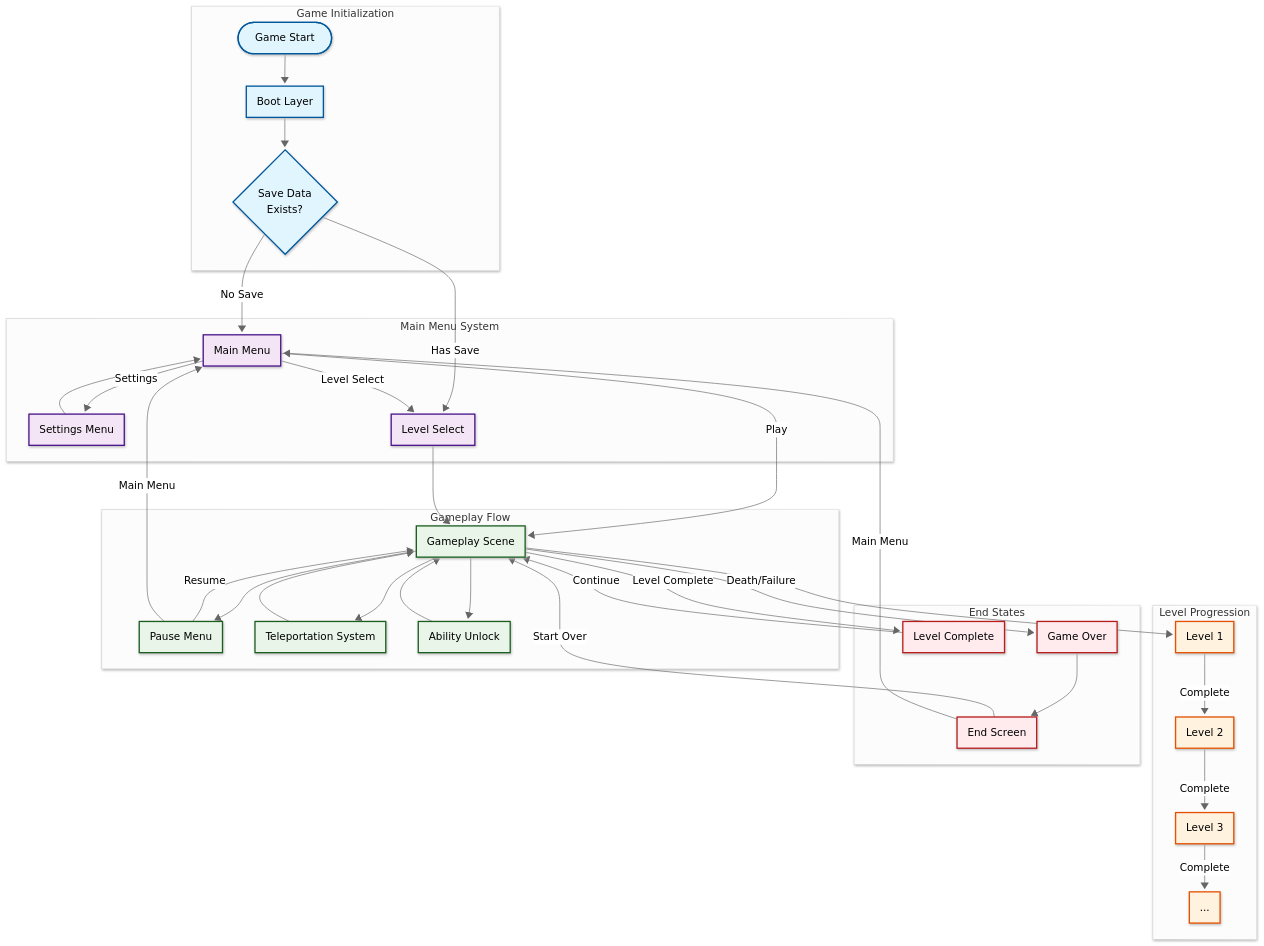
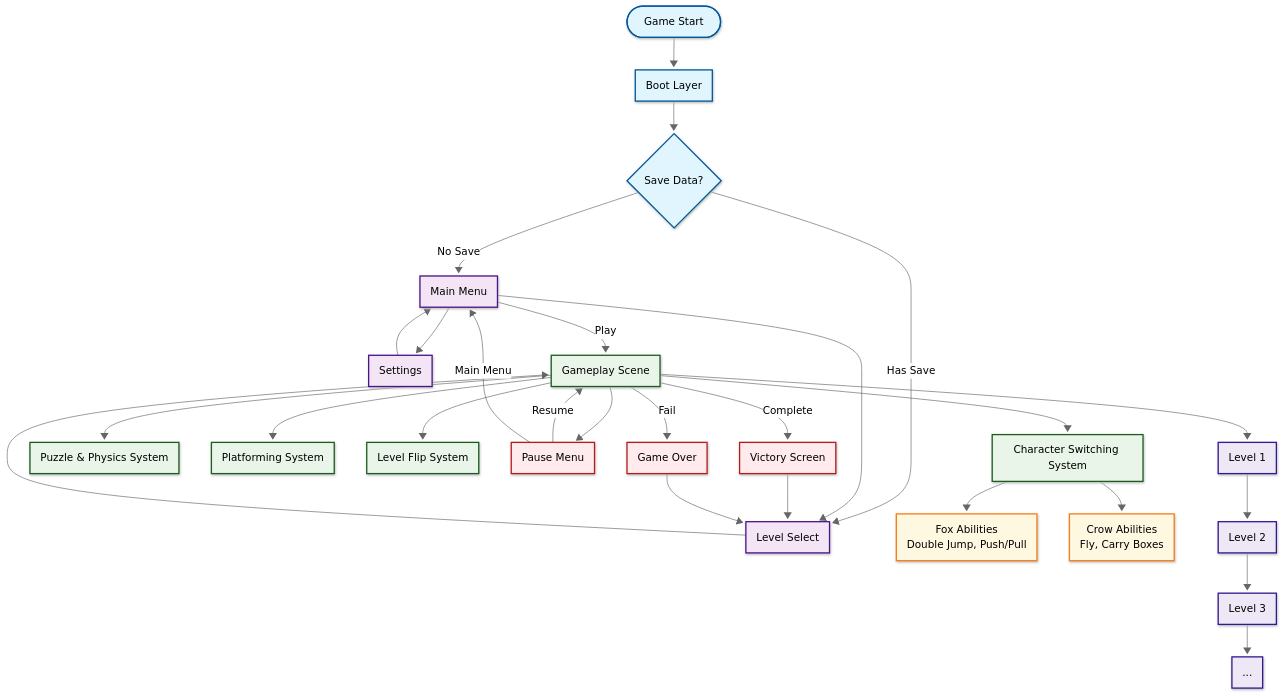
Before and after one commit to Justsomeguy241/Out-of-the-box: the second of 4 diagrams in README.md, drawn with Mermaid.

````diff
--- a/README.md
+++ b/README.md
@@ -48,72 +48,82 @@
 ```mermaid
 ---
 config:
   theme: neutral
   look: neo
 ---
 graph TD
-    subgraph "Game Initialization"
-        Start([Game Start])
-        Boot[Boot Layer]
-        SaveCheck{Save Data<br/>Exists?}
-    end
-    subgraph "Main Menu System"
-        MM[Main Menu]
-        Settings[Settings Menu]
-        LevelSelect[Level Select]
-    end
-    subgraph "Gameplay Flow"
-        GP[Gameplay Scene]
-        Pause[Pause Menu]
-        Teleport[Teleportation System]
-        AbilityUnlock[Ability Unlock]
-    end
-    subgraph "Level Progression"
-        Level1[Level 1]
-        Level2[Level 2]
-        Level3[Level 3]
-        MoreLevels[...]
-    end
-    subgraph "End States"
-        GameOver[Game Over]
-        LevelComplete[Level Complete]
-        ES[End Screen]
-    end
-    Start --> Boot
-    Boot --> SaveCheck
+    %% Initialization & Menus
+    Start([Game Start])
+    Boot[Boot Layer]
+    SaveCheck{Save Data?}
+    MM[Main Menu]
+    Settings[Settings]
+    LevelSelect[Level Select]
+
+    %% Gameplay Core
+    GP[Gameplay Scene]
+    Switch[Character Switching System]
+    Puzzle[Puzzle & Physics System]
+    Platforming[Platforming System]
+    Flip[Level Flip System]
+
+    %% Characters
+    Fox[Fox Abilities<br/>Double Jump, Push/Pull]
+    Crow[Crow Abilities<br/>Fly, Carry Boxes]
+
+    %% UI & States
+    Pause[Pause Menu]
+    Victory[Victory Screen]
+    GameOver[Game Over]
+
+    %% Level Progression
+    Level1[Level 1]
+    Level2[Level 2]
+    Level3[Level 3]
+    MoreLevels[...]
+
+    %% Flows
+    Start --> Boot --> SaveCheck
     SaveCheck -->|No Save| MM
     SaveCheck -->|Has Save| LevelSelect
     MM -->|Play| GP
-    MM -->|Settings| Settings
-    MM -->|Level Select| LevelSelect
+    MM --> Settings
+    MM --> LevelSelect
     Settings --> MM
     LevelSelect --> GP
+
+    GP --> Switch
+    Switch --> Fox
+    Switch --> Crow
+    GP --> Puzzle
+    GP --> Platforming
+    GP --> Flip
+
     GP --> Pause
-    GP --> Teleport
-    GP --> AbilityUnlock
     Pause -->|Resume| GP
     Pause -->|Main Menu| MM
-    Teleport --> GP
-    AbilityUnlock --> GP
-    GP --> Level1
-    Level1 -->|Complete| Level2
-    Level2 -->|Complete| Level3
-    Level3 -->|Complete| MoreLevels
-    GP -->|Death/Failure| GameOver
-    GP -->|Level Complete| LevelComplete
-    LevelComplete -->|Continue| GP
-    GameOver --> ES
-    ES -->|Start Over| GP
-    ES -->|Main Menu| MM
+
+    GP -->|Complete| Victory
+    GP -->|Fail| GameOver
+    Victory --> LevelSelect
+    GameOver --> LevelSelect
+
+    GP --> Level1 --> Level2 --> Level3 --> MoreLevels
+
+    %% Styles
     classDef initStyle fill:#e1f5fe,stroke:#01579b,stroke-width:2px
     classDef menuStyle fill:#f3e5f5,stroke:#4a148c,stroke-width:2px
     classDef gameplayStyle fill:#e8f5e8,stroke:#1b5e20,stroke-width:2px
-    classDef levelStyle fill:#fff3e0,stroke:#e65100,stroke-width:2px
-    classDef endStyle fill:#ffebee,stroke:#b71c1c,stroke-width:2px
+    classDef charStyle fill:#fff8e1,stroke:#f57f17,stroke-width:2px
+    classDef uiStyle fill:#ffebee,stroke:#b71c1c,stroke-width:2px
+    classDef levelStyle fill:#ede7f6,stroke:#311b92,stroke-width:2px
+
     class Start,Boot,SaveCheck initStyle
     class MM,Settings,LevelSelect menuStyle
-    class GP,Pause,Teleport,AbilityUnlock gameplayStyle
+    class GP,Switch,Puzzle,Platforming,Flip gameplayStyle
+    class Fox,Crow charStyle
+    class Pause,Victory,GameOver uiStyle
     class Level1,Level2,Level3,MoreLevels levelStyle
-    class GameOver,LevelComplete,ES endStyle
+
 
 ```
````
